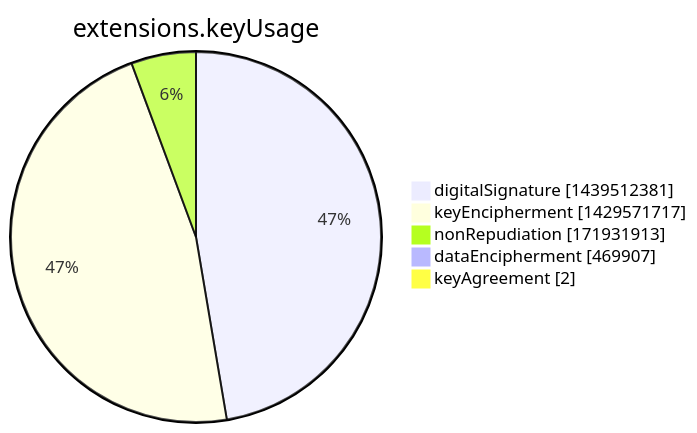
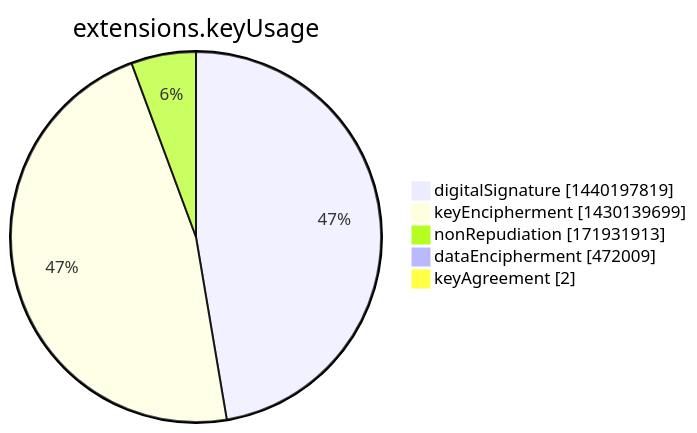
Before and after one commit to christiankrug/ctmonitor_visualization: the seventh of 15 diagrams in argon2022/README.md, drawn with Mermaid. The commit also changed other lines of this file, not shown here.

````diff
--- a/argon2022/README.md
+++ b/argon2022/README.md
@@ -2751,9 +2751,9 @@
 ```mermaid
 pie showData
 title extensions.keyUsage
-"digitalSignature" :1439512381
-"keyEncipherment" :1429571717
+"digitalSignature" :1440197819
+"keyEncipherment" :1430139699
 "nonRepudiation" :171931913
-"dataEncipherment" :469907
+"dataEncipherment" :472009
 "keyAgreement" :2
 ```
````
